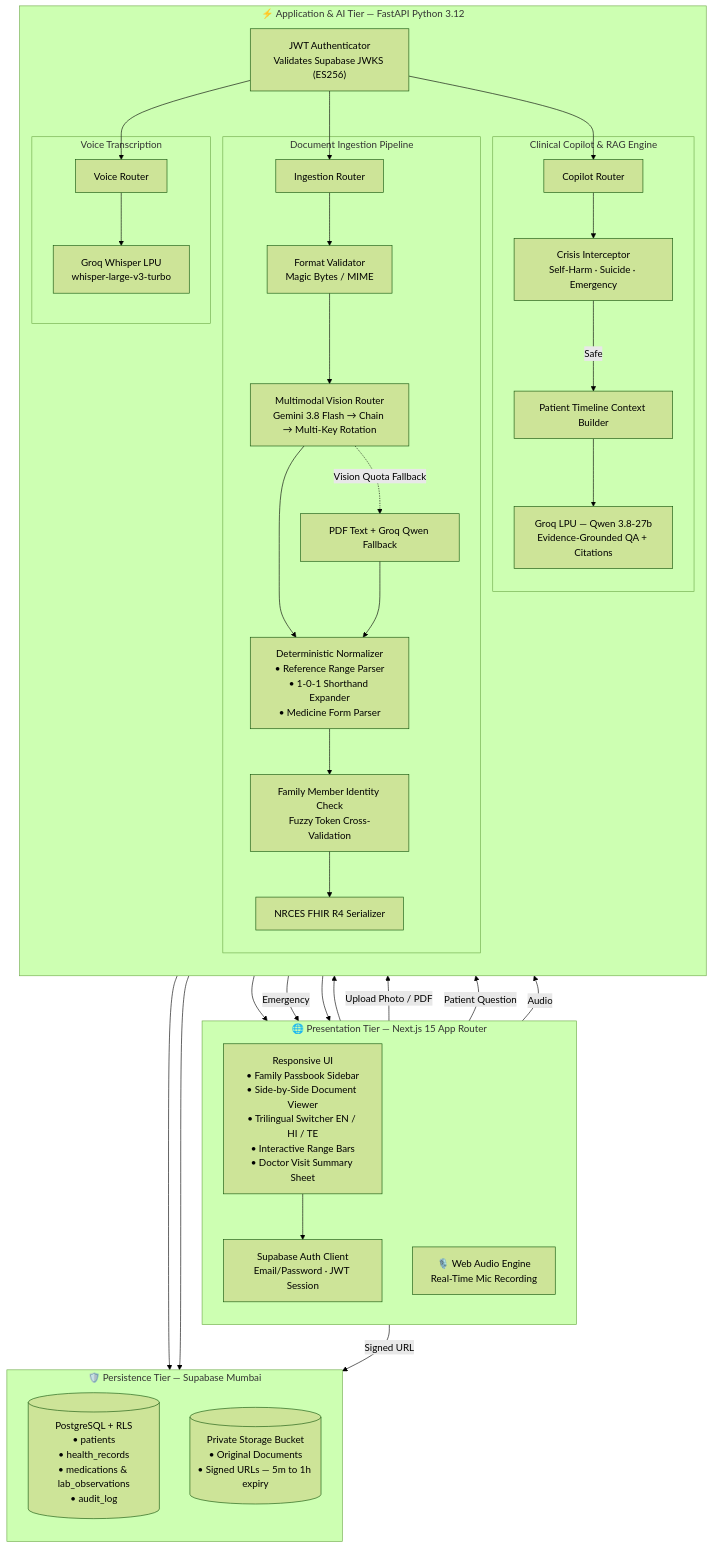
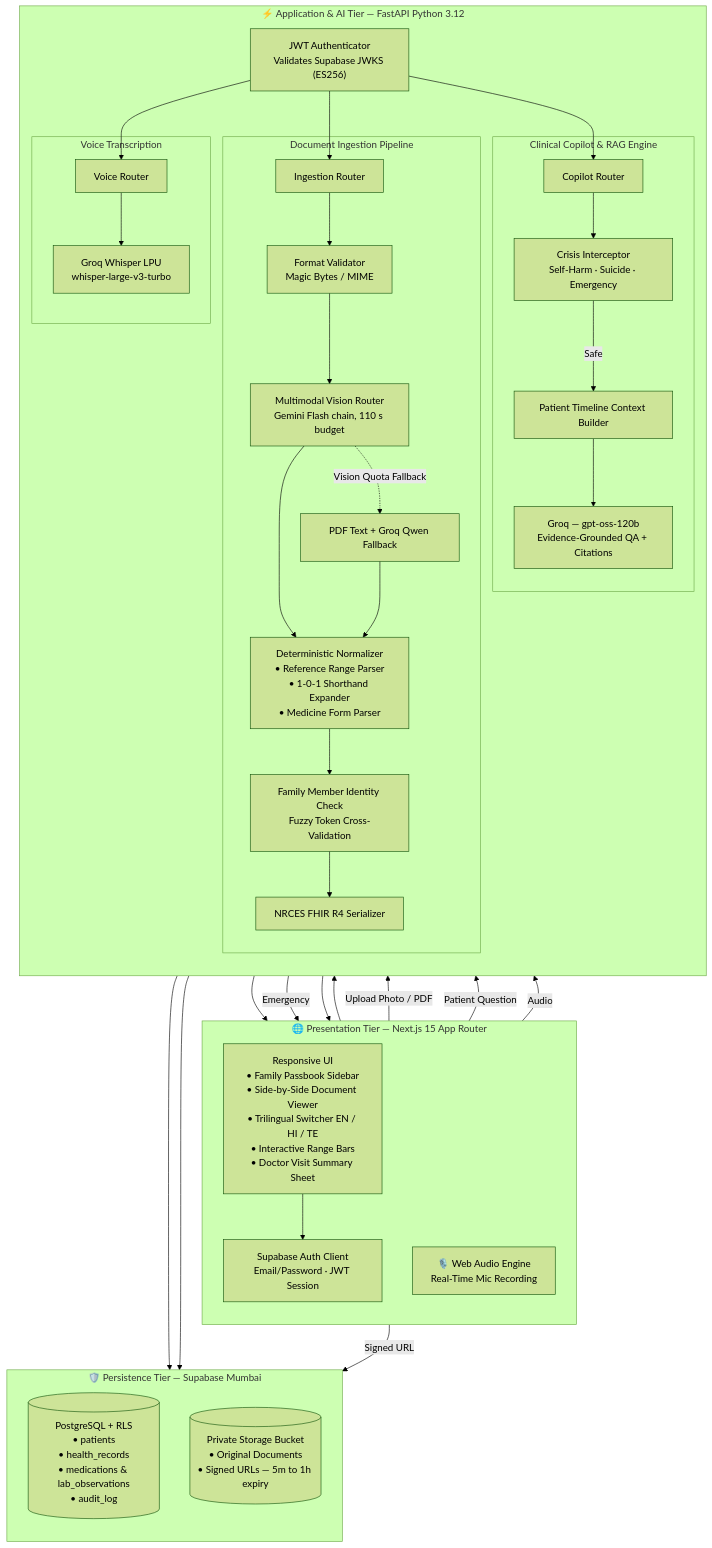
One commit to Amith-Gupta/Personal-Health-Copilot changed the second of 6 diagrams in README.md. Above: the diagram before and after it, drawn with Mermaid (forest theme). The commit also changed other lines of this file and 2 other files, not shown here.

````diff
--- a/README.md
+++ b/README.md
@@ -108,61 +108,61 @@
 ```mermaid
 flowchart TB
     subgraph Client["🌐 Presentation Tier — Next.js 15 App Router"]
         direction TB
         UI["Responsive UI<br/>• Family Passbook Sidebar<br/>• Side-by-Side Document Viewer<br/>• Trilingual Switcher EN / HI / TE<br/>• Interactive Range Bars<br/>• Doctor Visit Summary Sheet"]
         Voice["🎙️ Web Audio Engine<br/>Real-Time Mic Recording"]
         Auth["Supabase Auth Client<br/>Email/Password · JWT Session"]
     end
 
     subgraph API["⚡ Application & AI Tier — FastAPI Python 3.12"]
         direction TB
         JWT["JWT Authenticator<br/>Validates Supabase JWKS (ES256)"]
 
         subgraph Ingest["Document Ingestion Pipeline"]
             Router["Ingestion Router"]
             Classify["Format Validator<br/>Magic Bytes / MIME"]
-            OCR["Multimodal Vision Router<br/>Gemini 3.8 Flash → Chain → Multi-Key Rotation"]
+            OCR["Multimodal Vision Router<br/>Gemini Flash chain, 110 s budget"]
             Fallback["PDF Text + Groq Qwen Fallback"]
             Regex["Deterministic Normalizer<br/>• Reference Range Parser<br/>• 1-0-1 Shorthand Expander<br/>• Medicine Form Parser"]
             Name["Family Member Identity Check<br/>Fuzzy Token Cross-Validation"]
             FHIR["NRCES FHIR R4 Serializer"]
         end
 
         subgraph Copilot["Clinical Copilot & RAG Engine"]
             CRouter["Copilot Router"]
             Crisis["Crisis Interceptor<br/>Self-Harm · Suicide · Emergency"]
             Timeline["Patient Timeline Context Builder"]
-            LLM["Groq LPU — Qwen 3.8-27b<br/>Evidence-Grounded QA + Citations"]
+            LLM["Groq — gpt-oss-120b<br/>Evidence-Grounded QA + Citations"]
         end
 
         subgraph VoiceAPI["Voice Transcription"]
             VRouter["Voice Router"]
             Whisper["Groq Whisper LPU<br/>whisper-large-v3-turbo"]
         end
     end
 
     subgraph Data["🛡️ Persistence Tier — Supabase Mumbai"]
         direction TB
         DB[("PostgreSQL + RLS<br/>• patients<br/>• health_records<br/>• medications & lab_observations<br/>• audit_log")]
         Storage[("Private Storage Bucket<br/>• Original Documents<br/>• Signed URLs — 5m to 1h expiry")]
     end
 
     UI --> Auth --> JWT
     UI -- "Upload Photo / PDF" --> Router
     UI -- "Patient Question" --> CRouter
     Voice -- "Audio" --> VRouter
 
     JWT --> Router --> Classify --> OCR
     OCR -. "Vision Quota Fallback" .-> Fallback
     OCR --> Regex
     Fallback --> Regex
     Regex --> Name --> FHIR --> DB
     Router --> Storage
 
     JWT --> CRouter --> Crisis
     Crisis -- "Safe" --> Timeline --> LLM --> UI
     Crisis -- "Emergency" --> UI
 
     JWT --> VRouter --> Whisper --> UI
     UI -- "Signed URL" --> Storage
 ```
````
